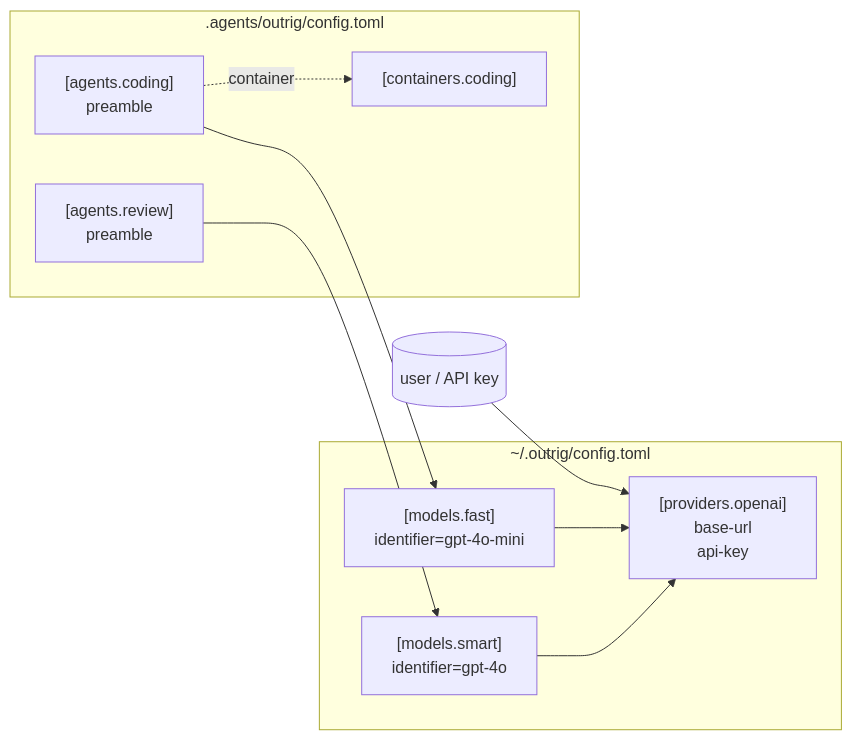
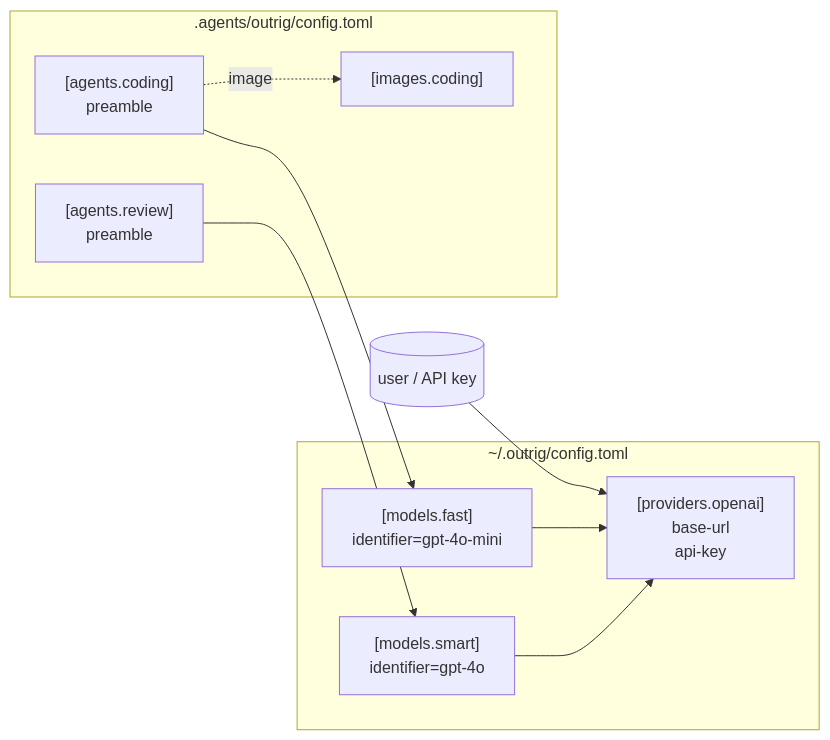
Before and after one commit to tgockel/outrig: the diagram in doc/concepts/llm-providers.md, drawn with Mermaid. The commit also changed other lines of this file and 85 other files, not shown here.

First line of the commit message:
refactor: rename container-image config from "container" to "image"

````diff
--- a/doc/concepts/llm-providers.md
+++ b/doc/concepts/llm-providers.md
@@ -15,20 +15,20 @@
 ```mermaid
 flowchart LR
     user[("user / API key")]
     subgraph global["~/.outrig/config.toml"]
         prov["[providers.openai]<br/>base-url<br/>api-key"]
         m1["[models.fast]<br/>identifier=gpt-4o-mini"]
         m2["[models.smart]<br/>identifier=gpt-4o"]
     end
     subgraph repo[".agents/outrig/config.toml"]
         a1["[agents.coding]<br/>preamble"]
         a2["[agents.review]<br/>preamble"]
-        cont["[containers.coding]"]
+        cont["[images.coding]"]
     end
     user --> prov
     m1 --> prov
     m2 --> prov
     a1 --> m1
     a2 --> m2
-    a1 -. "container" .-> cont
+    a1 -. "image" .-> cont
 ```
````
